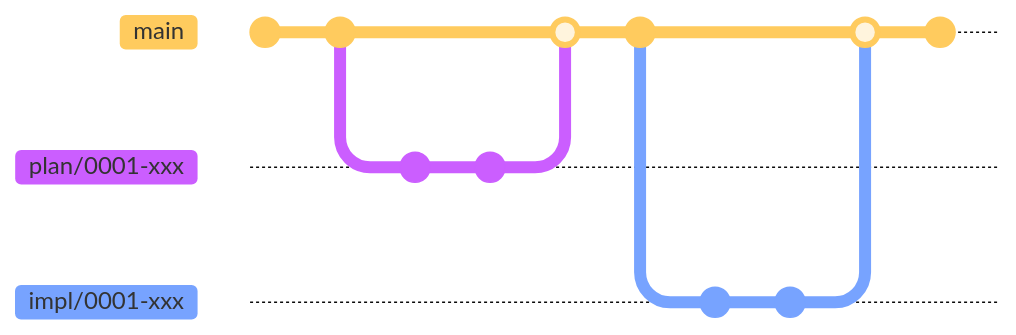
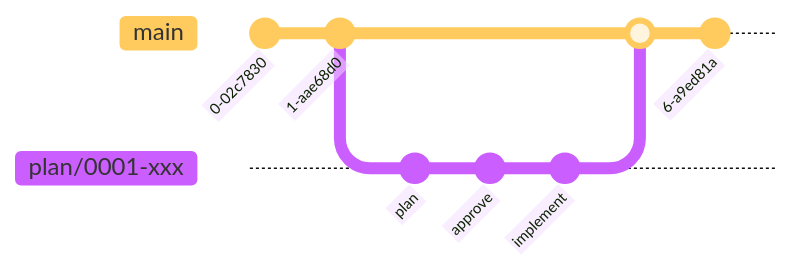
Before and after one commit to bingyangchen/taigu: the diagram in README.md, drawn with Mermaid. The commit also changed other lines of this file and 78 other files, not shown here. Commit ids are hidden.

````diff
--- a/README.md
+++ b/README.md
@@ -104,20 +104,14 @@
 ```mermaid
-%%{init: { 'theme': 'base', 'gitGraph': {'showCommitLabel': false}} }%%
+%%{init: { 'theme': 'base', 'gitGraph': {'showCommitLabel': true}} }%%
 gitGraph
    commit
    commit
    branch plan/0001-xxx
    switch plan/0001-xxx
-   commit
-   commit
+   commit id: "plan"
+   commit id: "approve"
+   commit id: "implement"
    switch main
    merge plan/0001-xxx
    commit
-   branch impl/0001-xxx
-   switch impl/0001-xxx
-   commit
-   commit
-   switch main
-   merge impl/0001-xxx
-   commit
 ```
````
